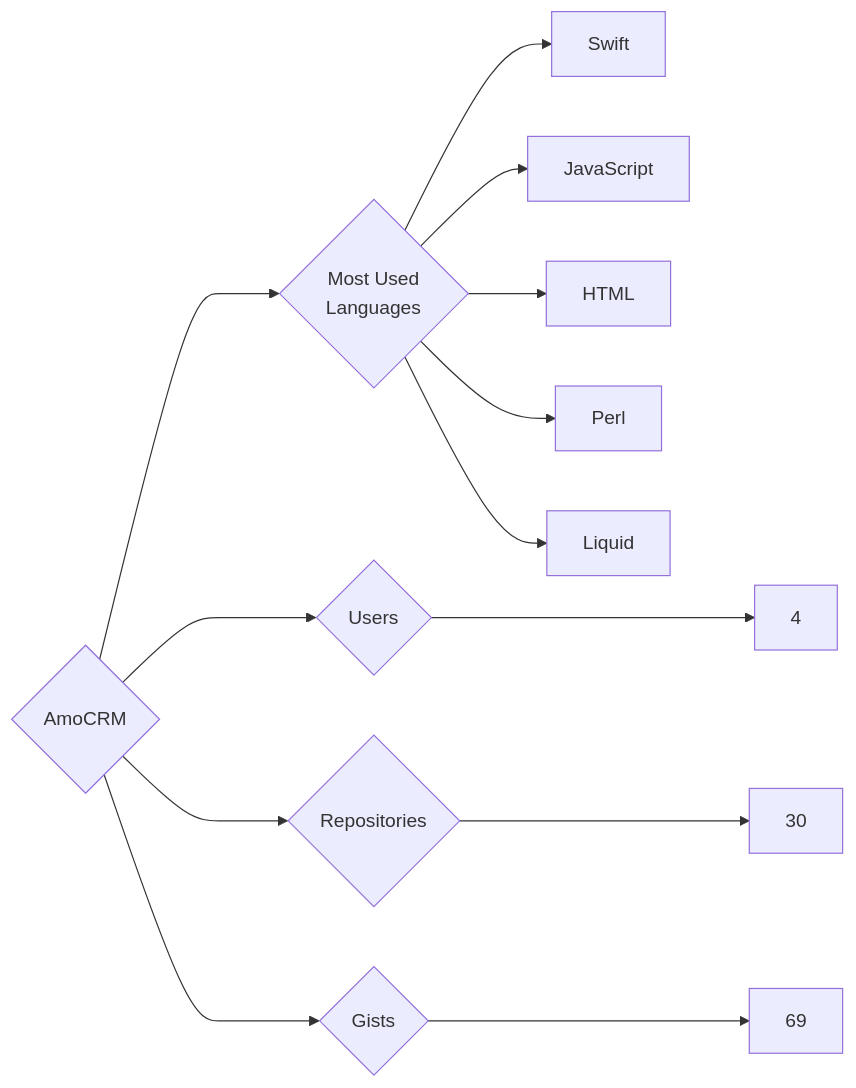
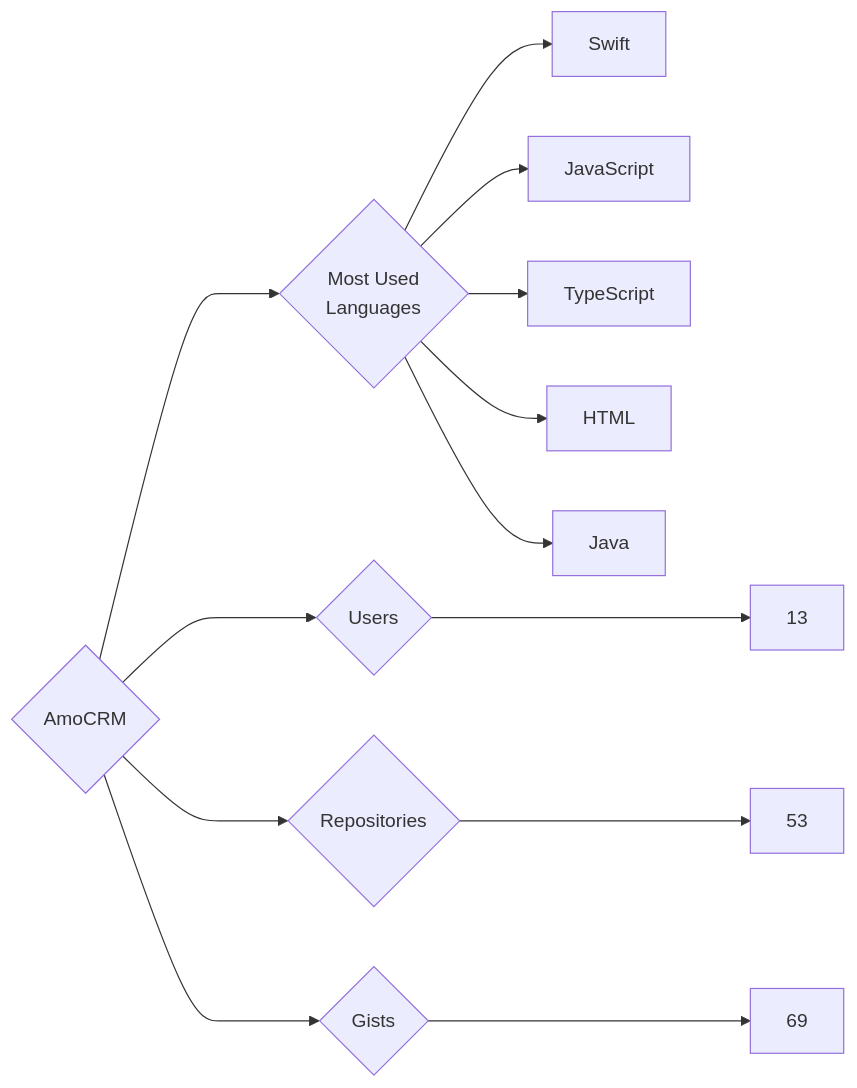
One commit to trickest/insiders changed the diagram in targets/AmoCRM/README.md. Above: the diagram before and after it, drawn with Mermaid. The commit also changed 786 other files, not shown here.

````diff
--- a/targets/AmoCRM/README.md
+++ b/targets/AmoCRM/README.md
@@ -3,13 +3,13 @@
 ```mermaid
 graph LR
 COMPANY_NAME{AmoCRM}
-COMPANY_NAME ---> U{Users} ---> UN[4]
-COMPANY_NAME ---> R{Repositories} ---> RN[30]
+COMPANY_NAME ---> U{Users} ---> UN[13]
+COMPANY_NAME ---> R{Repositories} ---> RN[53]
 COMPANY_NAME ---> G{Gists} ---> GN[69]
 COMPANY_NAME ---> ML{Most Used<br>Languages}
 ML --> Swift[Swift]
 ML --> JavaScript[JavaScript]
+ML --> TypeScript[TypeScript]
 ML --> HTML[HTML]
-ML --> Perl[Perl]
-ML --> Liquid[Liquid]
+ML --> Java[Java]
 ```
````
